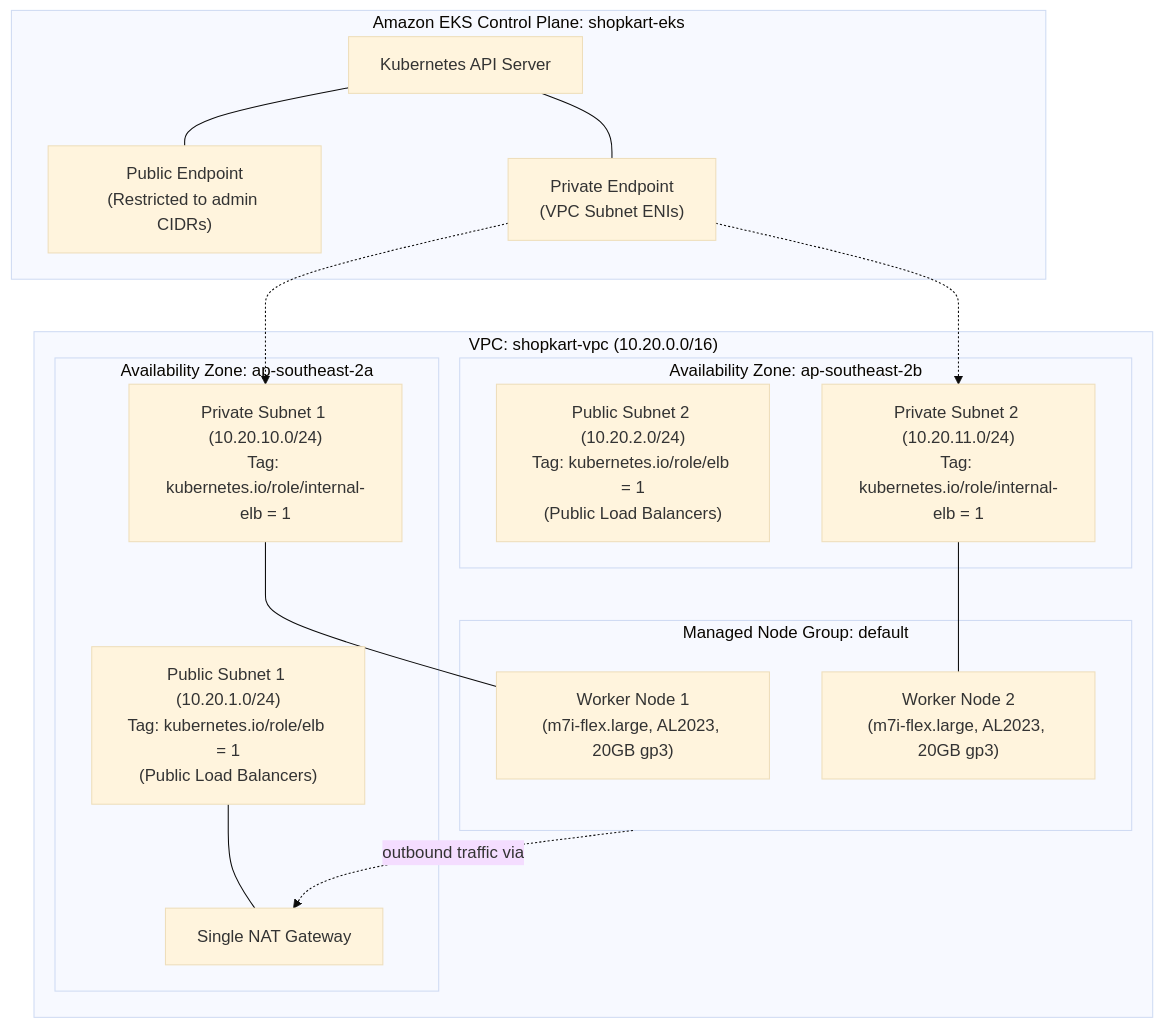
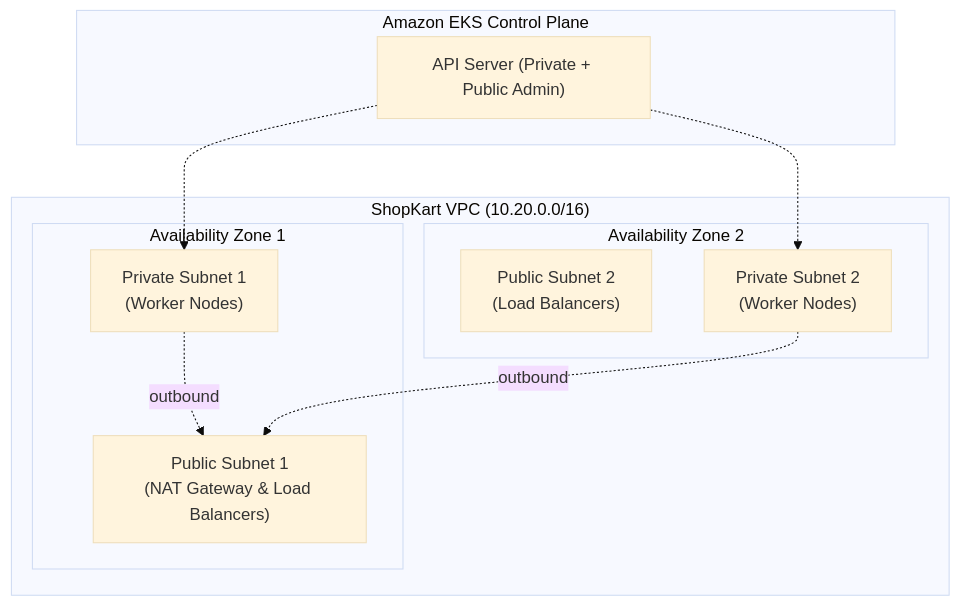
The second of 2 diagrams in README.md (vkashsingh/shopkart-infra), drawn with Mermaid (base theme) before and after one commit. The commit also changed other lines of this file, not shown here.

Commit message:
docs: streamline root README to high-level architecture overview

````diff
--- a/README.md
+++ b/README.md
@@ -102,36 +36,20 @@
 ```mermaid
 flowchart TD
-    subgraph ControlPlane["Amazon EKS Control Plane: shopkart-eks"]
-        API["Kubernetes API Server"]
-        PubEP["Public Endpoint<br/>(Restricted to admin CIDRs)"]
-        PrivEP["Private Endpoint<br/>(VPC Subnet ENIs)"]
-        API --- PubEP
-        API --- PrivEP
+    subgraph ControlPlane["Amazon EKS Control Plane"]
+        API["API Server (Private + Public Admin)"]
     end
-
-    subgraph VPC["VPC: shopkart-vpc (10.20.0.0/16)"]
-        subgraph AZ1["Availability Zone: ap-southeast-2a"]
-            Pub1["Public Subnet 1 (10.20.1.0/24)<br/>Tag: kubernetes.io/role/elb = 1<br/>(Public Load Balancers)"]
-            Priv1["Private Subnet 1 (10.20.10.0/24)<br/>Tag: kubernetes.io/role/internal-elb = 1"]
-            NAT["Single NAT Gateway"]
-            Pub1 --- NAT
+    subgraph VPC["ShopKart VPC (10.20.0.0/16)"]
+        subgraph Zone1["Availability Zone 1"]
+            Pub1["Public Subnet 1<br/>(NAT Gateway & Load Balancers)"]
+            Priv1["Private Subnet 1<br/>(Worker Nodes)"]
         end
-
-        subgraph AZ2["Availability Zone: ap-southeast-2b"]
-            Pub2["Public Subnet 2 (10.20.2.0/24)<br/>Tag: kubernetes.io/role/elb = 1<br/>(Public Load Balancers)"]
-            Priv2["Private Subnet 2 (10.20.11.0/24)<br/>Tag: kubernetes.io/role/internal-elb = 1"]
+        subgraph Zone2["Availability Zone 2"]
+            Pub2["Public Subnet 2<br/>(Load Balancers)"]
+            Priv2["Private Subnet 2<br/>(Worker Nodes)"]
         end
-
-        subgraph NodeGroup["Managed Node Group: default"]
-            Node1["Worker Node 1<br/>(m7i-flex.large, AL2023, 20GB gp3)"]
-            Node2["Worker Node 2<br/>(m7i-flex.large, AL2023, 20GB gp3)"]
-        end
-
-        Priv1 --- Node1
-        Priv2 --- Node2
-        NodeGroup -.->|"outbound traffic via"| NAT
     end
-
-    PrivEP -.-> Priv1
-    PrivEP -.-> Priv2
+    API -.-> Priv1
+    API -.-> Priv2
+    Priv1 -.->|"outbound"| Pub1
+    Priv2 -.->|"outbound"| Pub1
 ```
````
